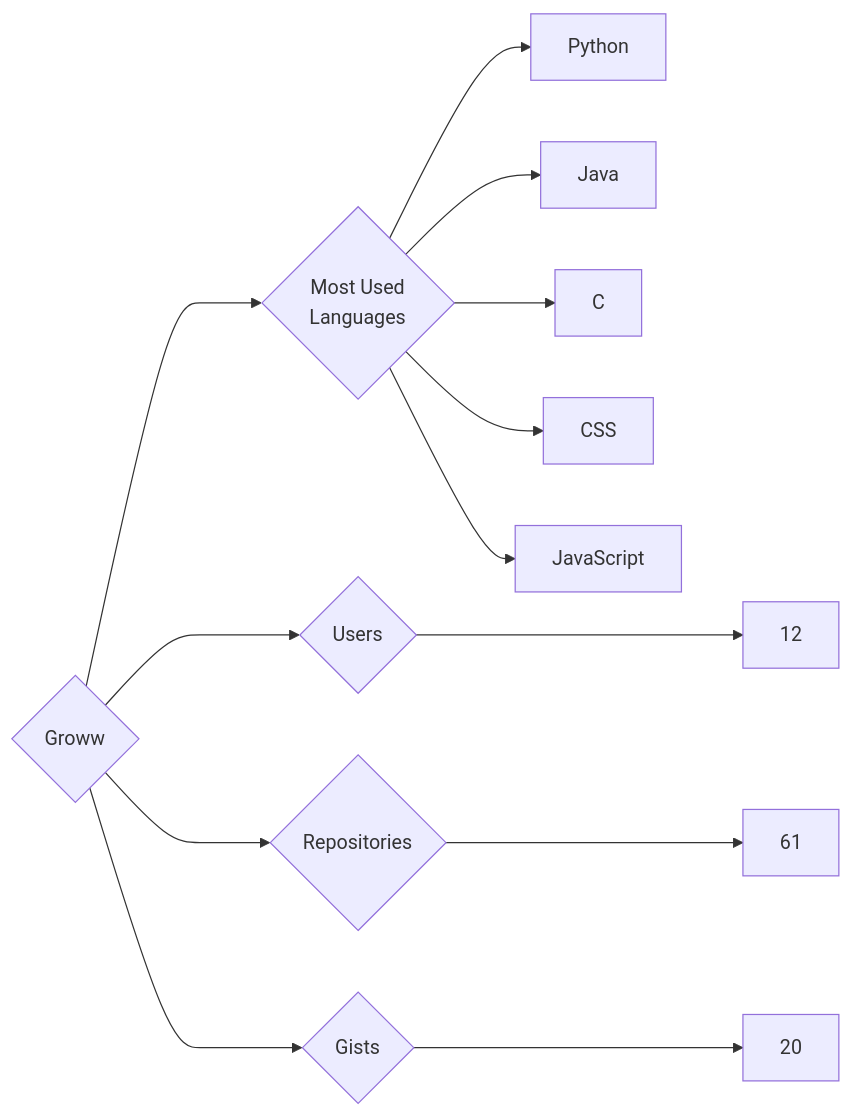
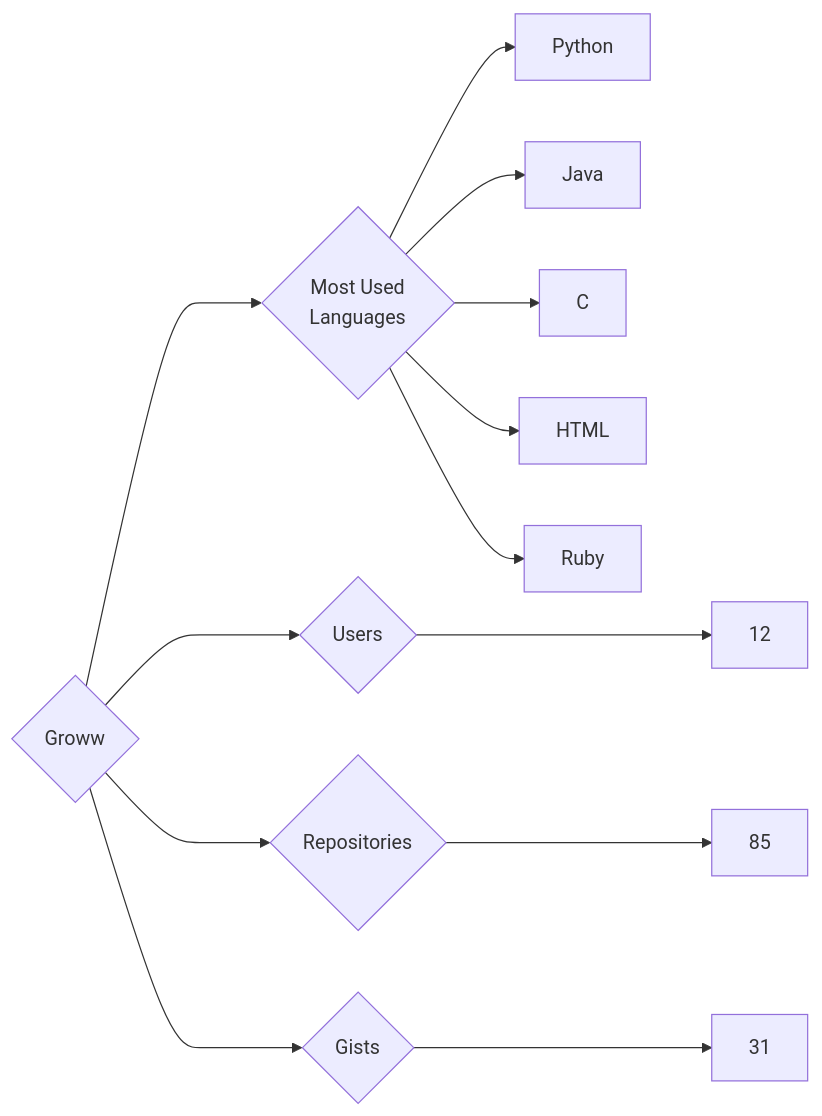
Before and after one commit to trickest/insiders: the diagram in targets/Groww/README.md, drawn with Mermaid. The commit also changed 1055 other files, not shown here.

````diff
--- a/targets/Groww/README.md
+++ b/targets/Groww/README.md
@@ -3,13 +3,13 @@
 ```mermaid
 graph LR
 COMPANY_NAME{Groww}
 COMPANY_NAME ---> U{Users} ---> UN[12]
-COMPANY_NAME ---> R{Repositories} ---> RN[61]
-COMPANY_NAME ---> G{Gists} ---> GN[20]
+COMPANY_NAME ---> R{Repositories} ---> RN[85]
+COMPANY_NAME ---> G{Gists} ---> GN[31]
 COMPANY_NAME ---> ML{Most Used<br>Languages}
 ML --> Python[Python]
 ML --> Java[Java]
 ML --> C[C]
-ML --> CSS[CSS]
-ML --> JavaScript[JavaScript]
+ML --> HTML[HTML]
+ML --> Ruby[Ruby]
 ```
````
